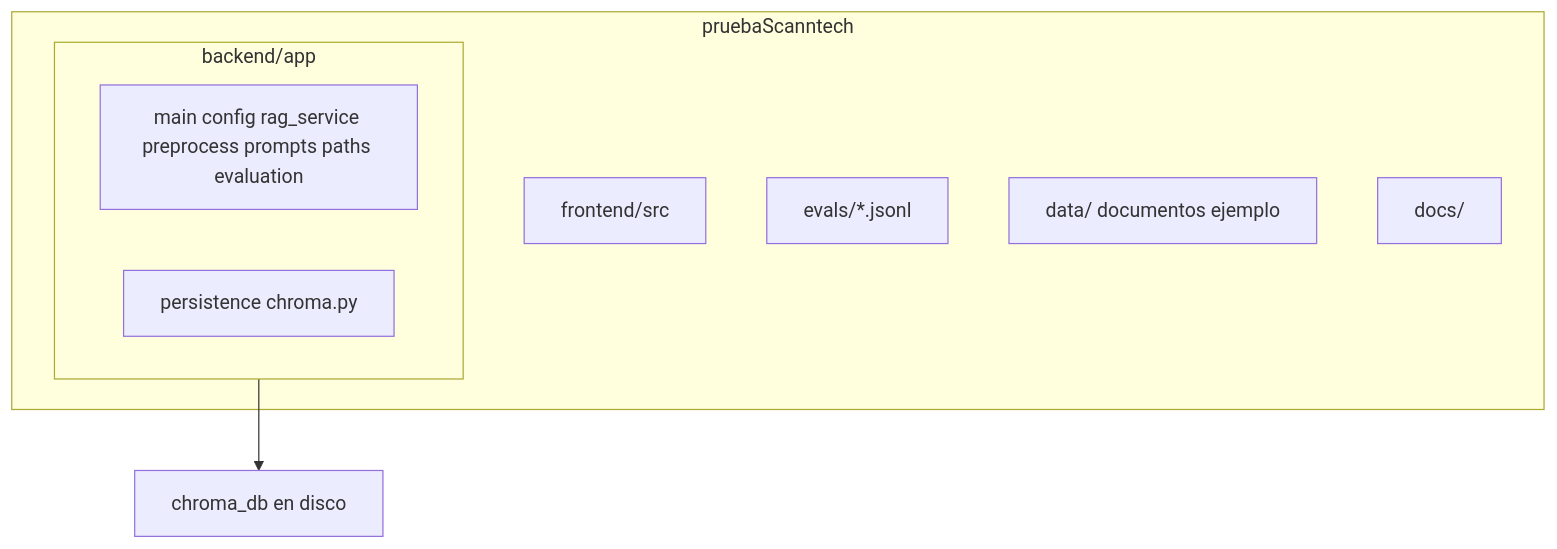
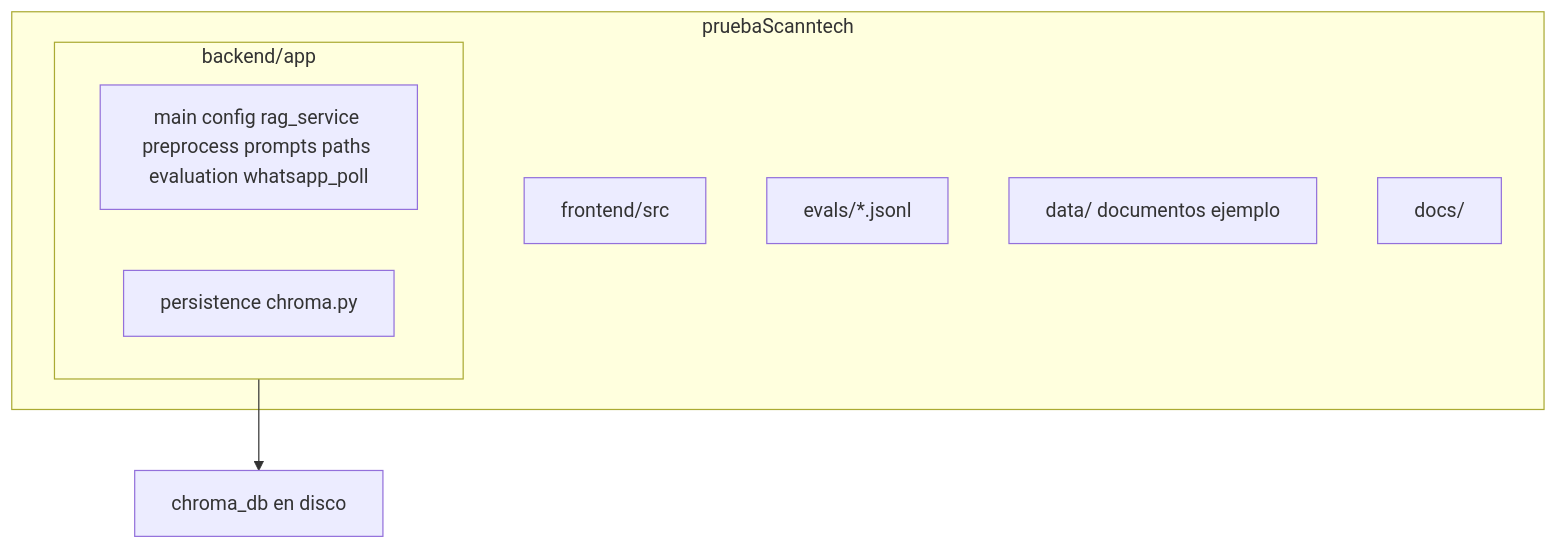
One commit to godie007/rag-chroma changed the seventh of 7 diagrams in docs/ARQUITECTURA.md. Above: the diagram before and after it, drawn with Mermaid. The commit also changed other lines of this file and 10 other files, not shown here.

````diff
--- a/docs/ARQUITECTURA.md
+++ b/docs/ARQUITECTURA.md
@@ -186,15 +230,15 @@
 ```mermaid
 flowchart TB
     subgraph repo[pruebaScanntech]
         subgraph BE[backend/app]
-            CORE[main config rag_service preprocess prompts paths evaluation]
+            CORE[main config rag_service preprocess prompts paths evaluation whatsapp_poll]
             PER[persistence chroma.py]
         end
         FE[frontend/src]
         EV[evals/*.jsonl]
         DT[data/ documentos ejemplo]
         DOC[docs/]
     end
 
     BE --> CHDB[chroma_db en disco]
 ```
````
